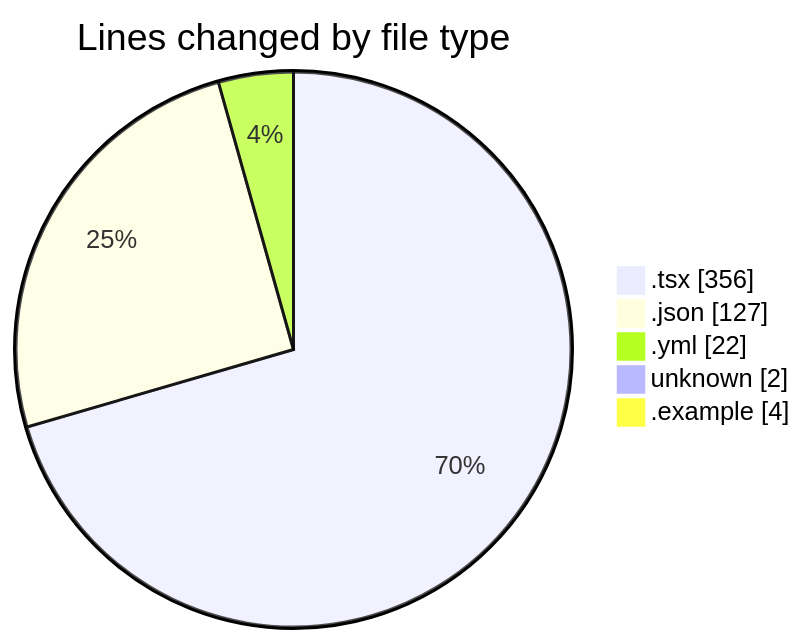
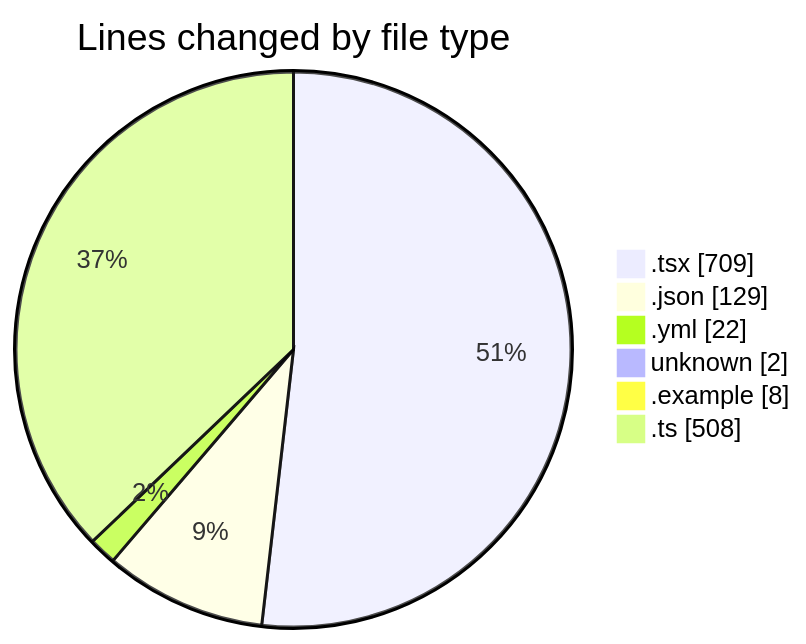
Before and after one commit to julien-gomy/code-tracking: the first of 2 diagrams in 2025-11-21/eventscop-frontend-guide__workspace_/README.md, drawn with Mermaid. The commit also changed other lines of this file and 1 other file, not shown here.

````diff
--- a/2025-11-21/eventscop-frontend-guide__workspace_/README.md
+++ b/2025-11-21/eventscop-frontend-guide__workspace_/README.md
@@ -31,9 +34,10 @@
 ```mermaid
 pie showData
 title Lines changed by file type
-".tsx" : 356
-".json" : 127
+".tsx" : 709
+".json" : 129
 ".yml" : 22
 "unknown" : 2
-".example" : 4
+".example" : 8
+".ts" : 508
 ```
````
